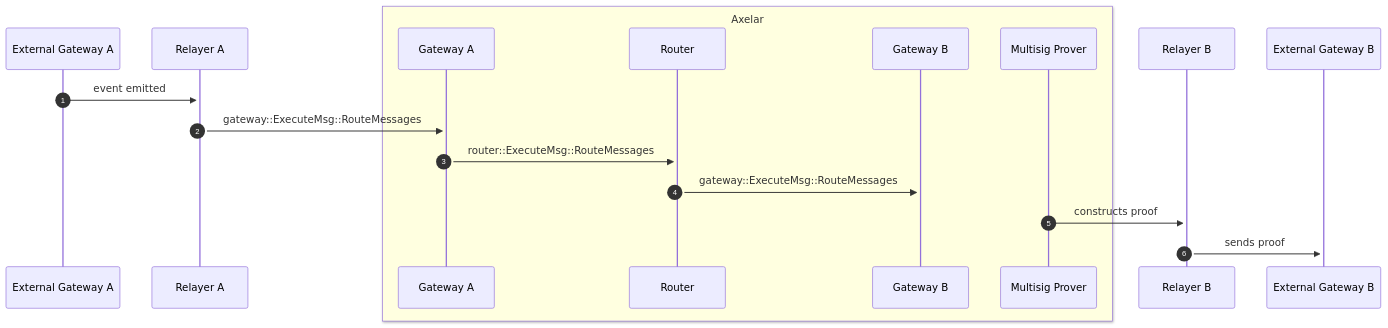
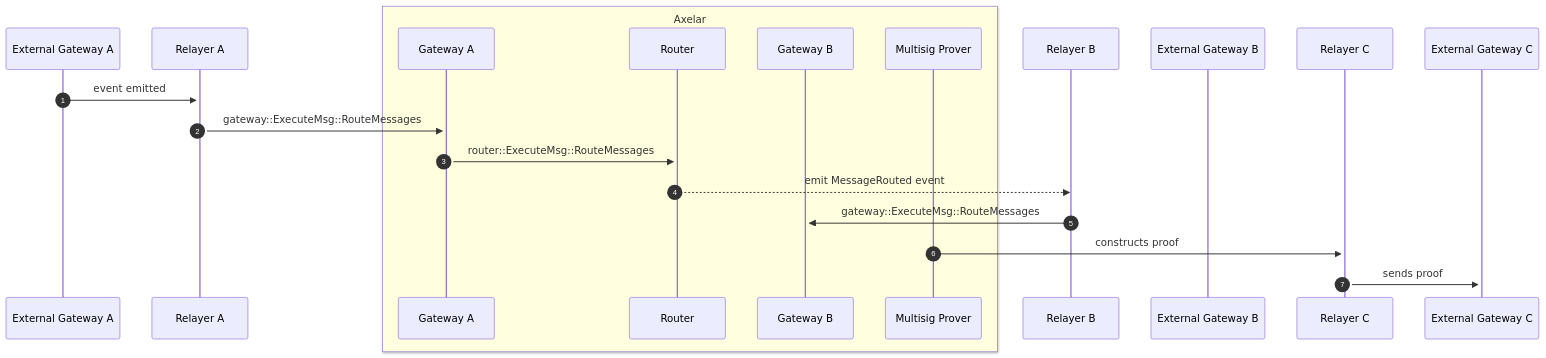
One commit to axelarnetwork/axelar-amplifier changed the second of 2 diagrams in doc/src/contracts/router.md. Above: the diagram before and after it, drawn with Mermaid. The commit also changed other lines of this file and 6 other files, not shown here.

````diff
--- a/doc/src/contracts/router.md
+++ b/doc/src/contracts/router.md
@@ -123,21 +124,23 @@
 ```mermaid
 sequenceDiagram
 autonumber
 participant External Gateway A
 participant Relayer A
 box LightYellow Axelar
 participant Gateway A
 participant Router
 participant Gateway B
 participant Multisig Prover
 end
 participant Relayer B
 participant External Gateway B
+participant Relayer C
 
 External Gateway A->>+Relayer A: event emitted
 Relayer A->>+Gateway A: gateway::ExecuteMsg::RouteMessages
 Gateway A->>+Router: router::ExecuteMsg::RouteMessages
-Router->>+Gateway B: gateway::ExecuteMsg::RouteMessages
-Multisig Prover->>+Relayer B: constructs proof
-Relayer B->>+External Gateway B: sends proof 
+Router-->>Relayer B: emit MessageRouted event
+Relayer B->>+Gateway B: gateway::ExecuteMsg::RouteMessages
+Multisig Prover->>+Relayer C: constructs proof
+Relayer C->>+External Gateway C: sends proof 
 ```
````
